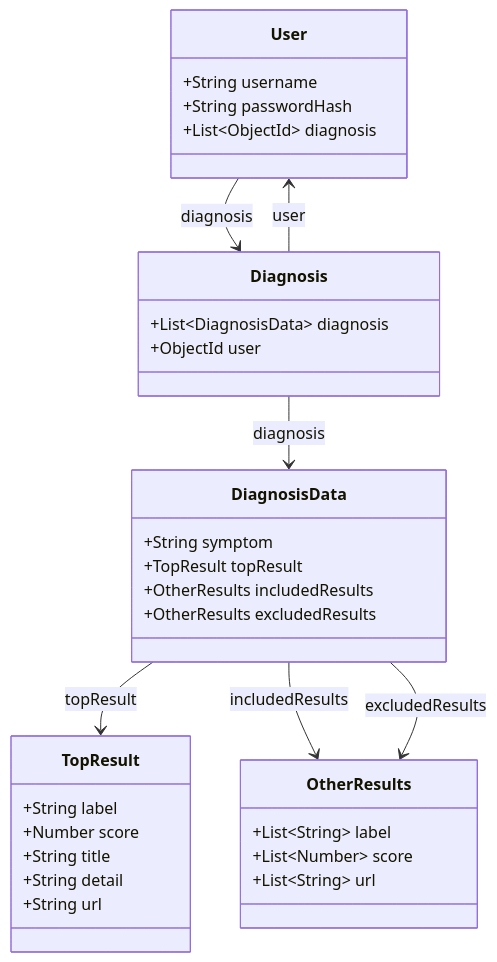
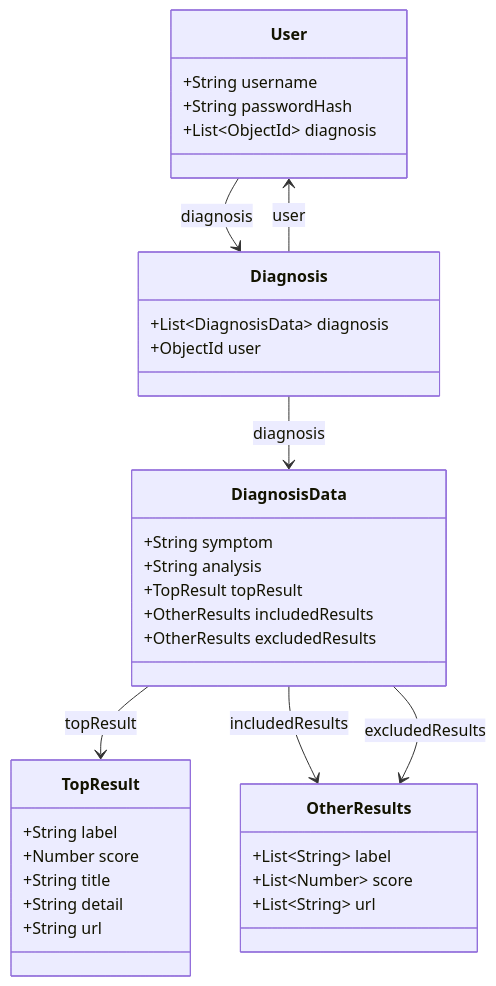
The first of 2 diagrams in README.md (prak112/Symptom-Checker-backend), drawn with Mermaid before and after one commit.

Commit message:
docs: Add analysis field to DiagnosisData class

````diff
--- a/README.md
+++ b/README.md
@@ -28,42 +28,43 @@
 ```mermaid
 classDiagram
     class User {
         +String username
         +String passwordHash
         +List~ObjectId~ diagnosis
     }
 
     class Diagnosis {
         +List~DiagnosisData~ diagnosis
         +ObjectId user
     }
 
     class DiagnosisData {
         +String symptom
+        +String analysis
         +TopResult topResult
         +OtherResults includedResults
         +OtherResults excludedResults
     }
 
     class TopResult {
         +String label
         +Number score
         +String title
         +String detail
         +String url
     }
 
     class OtherResults {
         +List~String~ label
         +List~Number~ score
         +List~String~ url
     }
 
     User --> Diagnosis : diagnosis
     Diagnosis --> User : user
     Diagnosis --> DiagnosisData : diagnosis
     DiagnosisData --> TopResult : topResult
     DiagnosisData --> OtherResults : includedResults
     DiagnosisData --> OtherResults : excludedResults
 
 ```
````
